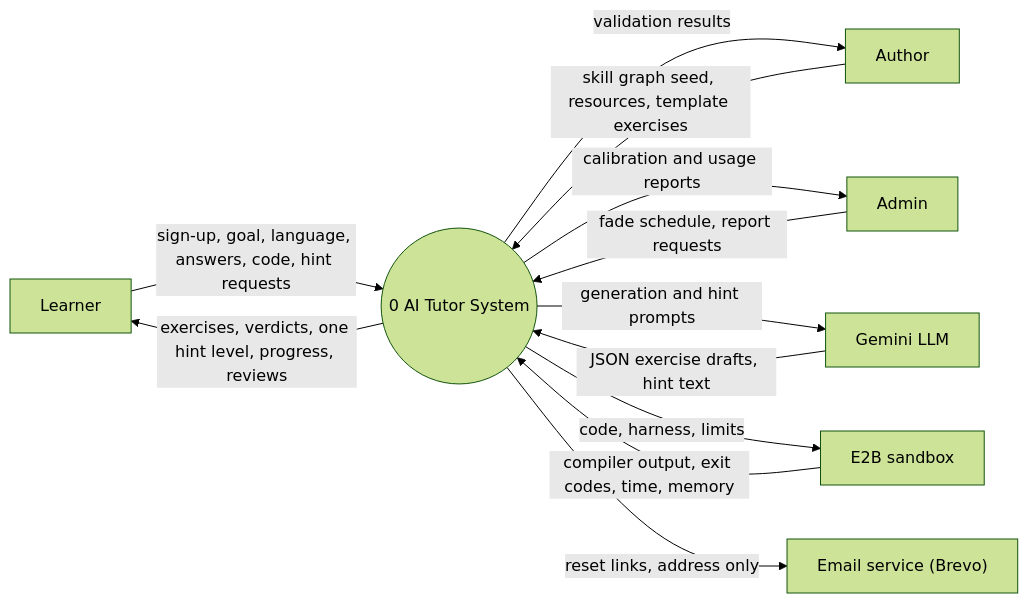
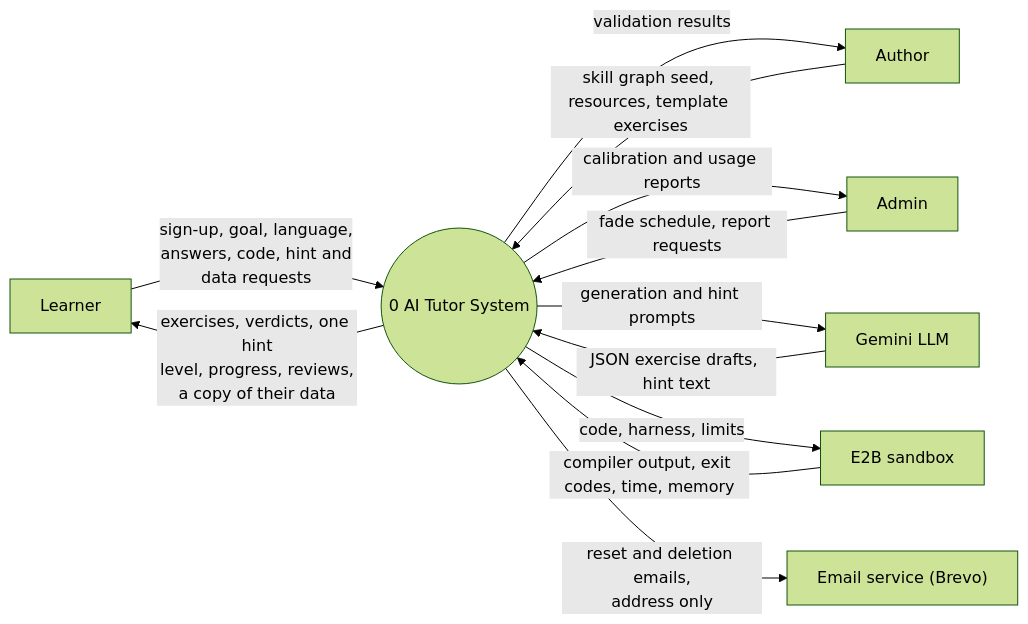
Before and after one commit to Nidanos/ai-tutor-platform: diagram 17 of 24 in DOCS/phase-3/MP3-Draft-Report.md, drawn with Mermaid (forest theme). The commit also changed other lines of this file and 1 other file, not shown here.

Commit message:
docs: update the phase 3 report for data rights, skill details, the legal pages and the client-IP fix

````diff
--- a/DOCS/phase-3/MP3-Draft-Report.md
+++ b/DOCS/phase-3/MP3-Draft-Report.md
@@ -995,21 +1039,21 @@
 ```mermaid
 flowchart LR
   L["Learner"]
   AU["Author"]
   AD["Admin"]
   GEM["Gemini LLM"]
   SBX["E2B sandbox"]
   EM["Email service (Brevo)"]
   P0(("0 AI Tutor System"))
-  L -->|sign-up, goal, language, answers, code, hint requests| P0
-  P0 -->|exercises, verdicts, one hint level, progress, reviews| L
+  L -->|sign-up, goal, language,<br/>answers, code, hint and<br/>data requests| P0
+  P0 -->|exercises, verdicts, one hint<br/>level, progress, reviews,<br/>a copy of their data| L
   AU -->|skill graph seed, resources, template exercises| P0
   P0 -->|validation results| AU
   AD -->|fade schedule, report requests| P0
   P0 -->|calibration and usage reports| AD
   P0 -->|generation and hint prompts| GEM
   GEM -->|JSON exercise drafts, hint text| P0
   P0 -->|code, harness, limits| SBX
   SBX -->|compiler output, exit codes, time, memory| P0
-  P0 -->|reset links, address only| EM
+  P0 -->|reset and deletion emails,<br/>address only| EM
 ```
````
